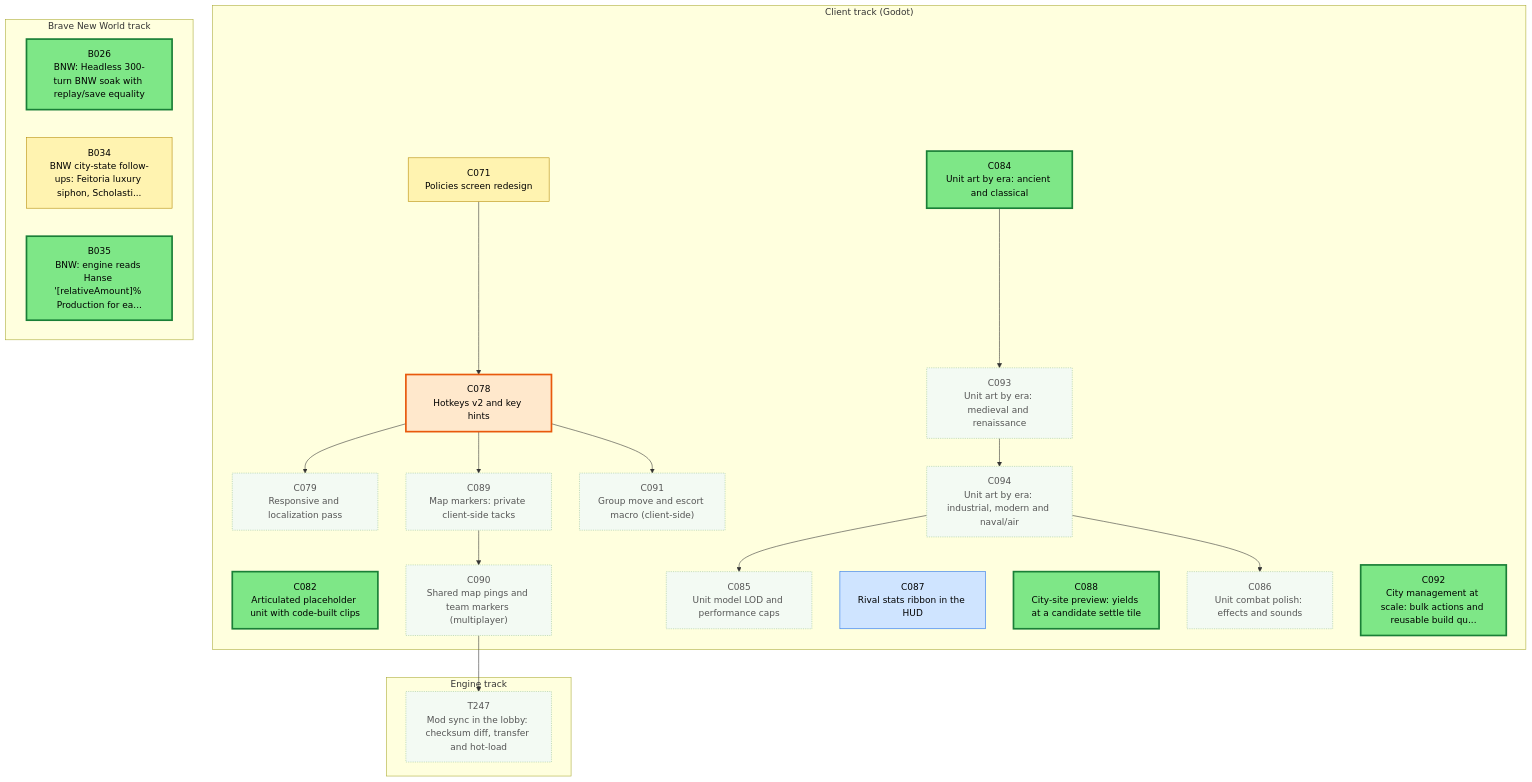
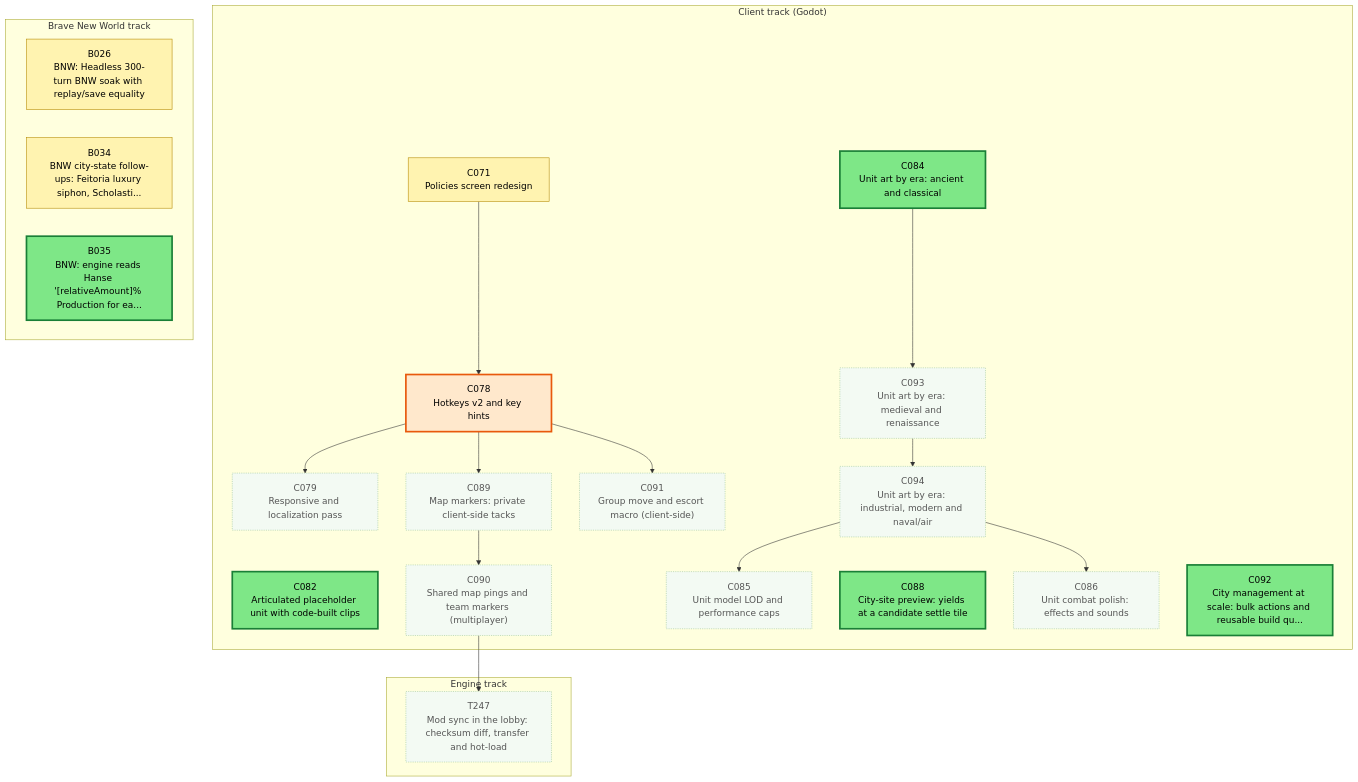
One commit to Kenmura/Unciv changed the first of 3 diagrams in csharp/migration/DEPENDENCY_MAP.md. Above: the diagram before and after it, drawn with Mermaid. The commit also changed other lines of this file and 1 other file, not shown here.

````diff
--- a/csharp/migration/DEPENDENCY_MAP.md
+++ b/csharp/migration/DEPENDENCY_MAP.md
@@ -25,64 +25,62 @@
 ```mermaid
 flowchart TD
   subgraph TTRACK["Engine track"]
     T247["T247<br/>Mod sync in the lobby: checksum diff, transfer and hot-load"]
   end
   subgraph CTRACK["Client track (Godot)"]
     C071["C071<br/>Policies screen redesign"]
     C078["C078<br/>Hotkeys v2 and key hints"]
     C079["C079<br/>Responsive and localization pass"]
     C082["C082<br/>Articulated placeholder unit with code-built clips"]
     C084["C084<br/>Unit art by era: ancient and classical"]
     C085["C085<br/>Unit model LOD and performance caps"]
     C086["C086<br/>Unit combat polish: effects and sounds"]
-    C087["C087<br/>Rival stats ribbon in the HUD"]
     C088["C088<br/>City-site preview: yields at a candidate settle tile"]
     C089["C089<br/>Map markers: private client-side tacks"]
     C090["C090<br/>Shared map pings and team markers (multiplayer)"]
     C091["C091<br/>Group move and escort macro (client-side)"]
     C092["C092<br/>City management at scale: bulk actions and reusable build qu..."]
     C093["C093<br/>Unit art by era: medieval and renaissance"]
     C094["C094<br/>Unit art by era: industrial, modern and naval/air"]
   end
   subgraph BTRACK["Brave New World track"]
     B026["B026<br/>BNW: Headless 300-turn BNW soak with replay/save equality"]
     B034["B034<br/>BNW city-state follow-ups: Feitoria luxury siphon, Scholasti..."]
     B035["B035<br/>BNW: engine reads Hanse '[relativeAmount]% Production for ea..."]
   end
   C090 --> T247
   C071 --> C078
   C078 --> C079
   C094 --> C085
   C094 --> C086
   C078 --> C089
   C089 --> C090
   C078 --> C091
   C084 --> C093
   C093 --> C094
   classDef waiting fill:#f3faf3,stroke:#9bc49b,color:#555,stroke-dasharray:2 2
   classDef ondeck fill:#ffe8cc,stroke:#e8590c,stroke-width:3px,color:#000
   classDef ready fill:#7ee787,stroke:#1a7f37,stroke-width:3px,color:#000
   classDef prog fill:#fff3b0,stroke:#b58900,color:#000
   classDef review fill:#cfe4ff,stroke:#1f6feb,color:#000
   classDef blocked fill:#ffd6d6,stroke:#c62828,color:#000
   classDef done fill:#eeeeee,stroke:#999999,color:#666,stroke-dasharray:4 3
-  class B026 ready
+  class B026 prog
   class B034 prog
   class B035 ready
   class C071 prog
   class C078 ondeck
   class C079 waiting
   class C082 ready
   class C084 ready
   class C085 waiting
   class C086 waiting
-  class C087 review
   class C088 ready
   class C089 waiting
   class C090 waiting
   class C091 waiting
   class C092 ready
   class C093 waiting
   class C094 waiting
   class T247 waiting
 ```
````
